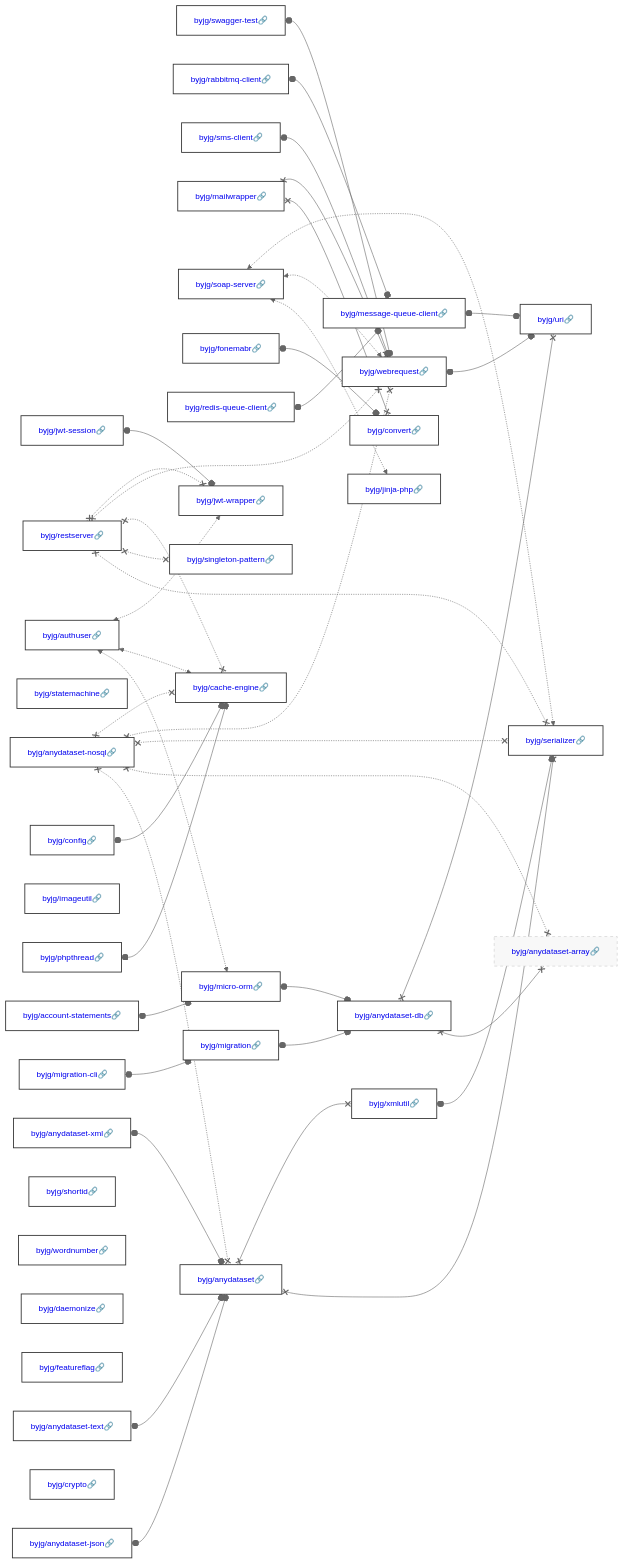
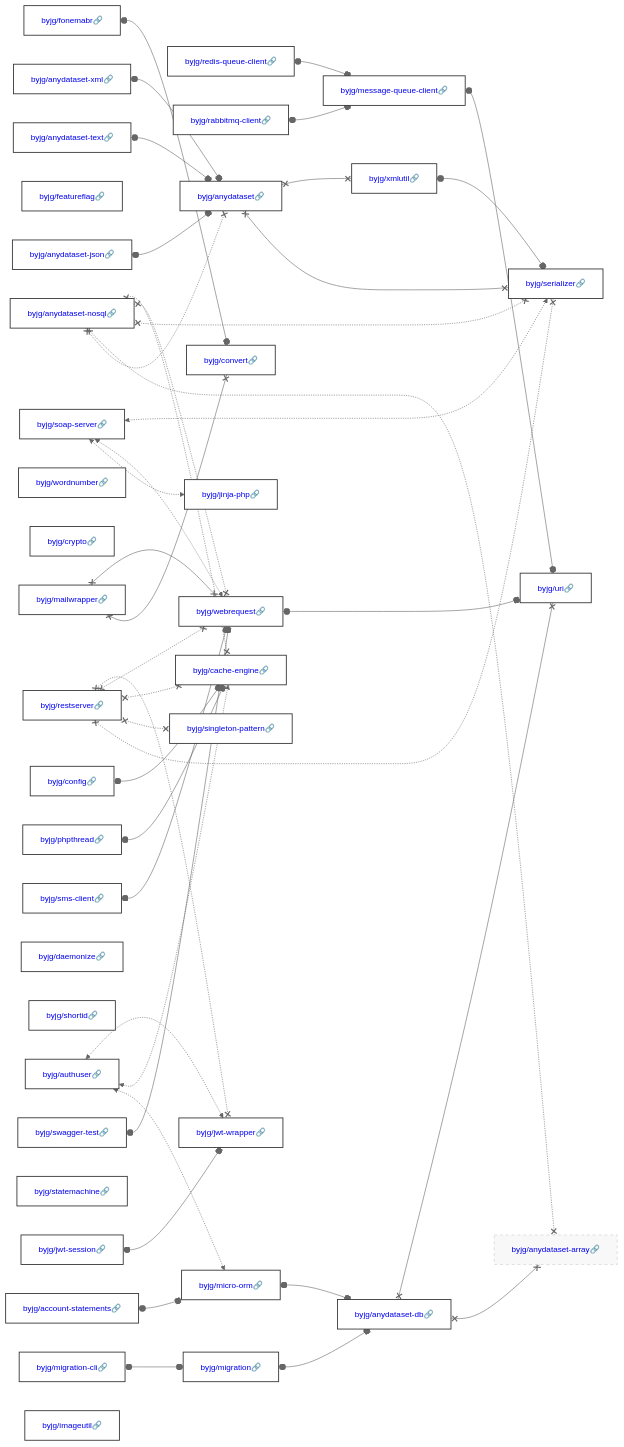
One commit to byjg/byjg.github.io changed the diagram in docs/php/README.md. Above: the diagram before and after it, drawn with Mermaid (neutral theme). The commit also changed other lines of this file and 9 other files, not shown here.

Commit message:
Update documentation 'php' 'php-anydataset'

````diff
--- a/docs/php/README.md
+++ b/docs/php/README.md
@@ -3,40 +3,40 @@
 ```mermaid
 graph LR;
+  byjg/anydataset-nosql[<a href='https://opensource.byjg.com/docs/php/anydataset-nosql' style='text-decoration:none'>byjg/anydataset-nosql🔗</a>];
+  byjg/authuser[<a href='https://opensource.byjg.com/docs/php/authuser' style='text-decoration:none'>byjg/authuser🔗</a>];
+  byjg/redis-queue-client[<a href='https://opensource.byjg.com/docs/php/redis-queue-client' style='text-decoration:none'>byjg/redis-queue-client🔗</a>];
+  byjg/anydataset-json[<a href='https://opensource.byjg.com/docs/php/anydataset-json' style='text-decoration:none'>byjg/anydataset-json🔗</a>];
+  byjg/featureflag[<a href='https://opensource.byjg.com/docs/php/featureflag' style='text-decoration:none'>byjg/featureflag🔗</a>];
+  byjg/jwt-session[<a href='https://opensource.byjg.com/docs/php/jwt-session' style='text-decoration:none'>byjg/jwt-session🔗</a>];
+  byjg/anydataset-xml[<a href='https://opensource.byjg.com/docs/php/anydataset-xml' style='text-decoration:none'>byjg/anydataset-xml🔗</a>];
+  byjg/swagger-test[<a href='https://opensource.byjg.com/docs/php/swagger-test' style='text-decoration:none'>byjg/swagger-test🔗</a>];
+  byjg/wordnumber[<a href='https://opensource.byjg.com/docs/php/wordnumber' style='text-decoration:none'>byjg/wordnumber🔗</a>];
+  byjg/crypto[<a href='https://opensource.byjg.com/docs/php/crypto' style='text-decoration:none'>byjg/crypto🔗</a>];
+  byjg/mailwrapper[<a href='https://opensource.byjg.com/docs/php/mailwrapper' style='text-decoration:none'>byjg/mailwrapper🔗</a>];
   byjg/config[<a href='https://opensource.byjg.com/docs/php/config' style='text-decoration:none'>byjg/config🔗</a>];
-  byjg/swagger-test[<a href='https://opensource.byjg.com/docs/php/swagger-test' style='text-decoration:none'>byjg/swagger-test🔗</a>];
+  byjg/fonemabr[<a href='https://opensource.byjg.com/docs/php/fonemabr' style='text-decoration:none'>byjg/fonemabr🔗</a>];
+  byjg/phpthread[<a href='https://opensource.byjg.com/docs/php/phpthread' style='text-decoration:none'>byjg/phpthread🔗</a>];
+  byjg/rabbitmq-client[<a href='https://opensource.byjg.com/docs/php/rabbitmq-client' style='text-decoration:none'>byjg/rabbitmq-client🔗</a>];
   byjg/migration-cli[<a href='https://opensource.byjg.com/docs/php/migration-cli' style='text-decoration:none'>byjg/migration-cli🔗</a>];
+  byjg/daemonize[<a href='https://opensource.byjg.com/docs/php/daemonize' style='text-decoration:none'>byjg/daemonize🔗</a>];
+  byjg/shortid[<a href='https://opensource.byjg.com/docs/php/shortid' style='text-decoration:none'>byjg/shortid🔗</a>];
+  byjg/soap-server[<a href='https://opensource.byjg.com/docs/php/soap-server' style='text-decoration:none'>byjg/soap-server🔗</a>];
+  byjg/account-statements[<a href='https://opensource.byjg.com/docs/php/account-statements' style='text-decoration:none'>byjg/account-statements🔗</a>];
+  byjg/statemachine[<a href='https://opensource.byjg.com/docs/php/statemachine' style='text-decoration:none'>byjg/statemachine🔗</a>];
+  byjg/sms-client[<a href='https://opensource.byjg.com/docs/php/sms-client' style='text-decoration:none'>byjg/sms-client🔗</a>];
   byjg/anydataset-text[<a href='https://opensource.byjg.com/docs/php/anydataset-text' style='text-decoration:none'>byjg/anydataset-text🔗</a>];
-  byjg/statemachine[<a href='https://opensource.byjg.com/docs/php/statemachine' style='text-decoration:none'>byjg/statemachine🔗</a>];
-  byjg/rabbitmq-client[<a href='https://opensource.byjg.com/docs/php/rabbitmq-client' style='text-decoration:none'>byjg/rabbitmq-client🔗</a>];
-  byjg/anydataset-json[<a href='https://opensource.byjg.com/docs/php/anydataset-json' style='text-decoration:none'>byjg/anydataset-json🔗</a>];
-  byjg/anydataset-xml[<a href='https://opensource.byjg.com/docs/php/anydataset-xml' style='text-decoration:none'>byjg/anydataset-xml🔗</a>];
+  byjg/restserver[<a href='https://opensource.byjg.com/docs/php/restserver' style='text-decoration:none'>byjg/restserver🔗</a>];
   byjg/imageutil[<a href='https://opensource.byjg.com/docs/php/imageutil' style='text-decoration:none'>byjg/imageutil🔗</a>];
-  byjg/account-statements[<a href='https://opensource.byjg.com/docs/php/account-statements' style='text-decoration:none'>byjg/account-statements🔗</a>];
-  byjg/sms-client[<a href='https://opensource.byjg.com/docs/php/sms-client' style='text-decoration:none'>byjg/sms-client🔗</a>];
-  byjg/restserver[<a href='https://opensource.byjg.com/docs/php/restserver' style='text-decoration:none'>byjg/restserver🔗</a>];
-  byjg/authuser[<a href='https://opensource.byjg.com/docs/php/authuser' style='text-decoration:none'>byjg/authuser🔗</a>];
-  byjg/jwt-session[<a href='https://opensource.byjg.com/docs/php/jwt-session' style='text-decoration:none'>byjg/jwt-session🔗</a>];
-  byjg/shortid[<a href='https://opensource.byjg.com/docs/php/shortid' style='text-decoration:none'>byjg/shortid🔗</a>];
-  byjg/mailwrapper[<a href='https://opensource.byjg.com/docs/php/mailwrapper' style='text-decoration:none'>byjg/mailwrapper🔗</a>];
-  byjg/soap-server[<a href='https://opensource.byjg.com/docs/php/soap-server' style='text-decoration:none'>byjg/soap-server🔗</a>];
-  byjg/wordnumber[<a href='https://opensource.byjg.com/docs/php/wordnumber' style='text-decoration:none'>byjg/wordnumber🔗</a>];
-  byjg/fonemabr[<a href='https://opensource.byjg.com/docs/php/fonemabr' style='text-decoration:none'>byjg/fonemabr🔗</a>];
-  byjg/daemonize[<a href='https://opensource.byjg.com/docs/php/daemonize' style='text-decoration:none'>byjg/daemonize🔗</a>];
-  byjg/redis-queue-client[<a href='https://opensource.byjg.com/docs/php/redis-queue-client' style='text-decoration:none'>byjg/redis-queue-client🔗</a>];
-  byjg/featureflag[<a href='https://opensource.byjg.com/docs/php/featureflag' style='text-decoration:none'>byjg/featureflag🔗</a>];
-  byjg/anydataset-nosql[<a href='https://opensource.byjg.com/docs/php/anydataset-nosql' style='text-decoration:none'>byjg/anydataset-nosql🔗</a>];
-  byjg/crypto[<a href='https://opensource.byjg.com/docs/php/crypto' style='text-decoration:none'>byjg/crypto🔗</a>];
-  byjg/phpthread[<a href='https://opensource.byjg.com/docs/php/phpthread' style='text-decoration:none'>byjg/phpthread🔗</a>];
-  byjg/migration[<a href='https://opensource.byjg.com/docs/php/migration' style='text-decoration:none'>byjg/migration🔗</a>];
-  byjg/singleton-pattern[<a href='https://opensource.byjg.com/docs/php/singleton-pattern' style='text-decoration:none'>byjg/singleton-pattern🔗</a>];
-  byjg/micro-orm[<a href='https://opensource.byjg.com/docs/php/micro-orm' style='text-decoration:none'>byjg/micro-orm🔗</a>];
-  byjg/jwt-wrapper[<a href='https://opensource.byjg.com/docs/php/jwt-wrapper' style='text-decoration:none'>byjg/jwt-wrapper🔗</a>];
-  byjg/jinja-php[<a href='https://opensource.byjg.com/docs/php/jinja-php' style='text-decoration:none'>byjg/jinja-php🔗</a>];
   byjg/convert[<a href='https://opensource.byjg.com/docs/php/convert' style='text-decoration:none'>byjg/convert🔗</a>];
   byjg/message-queue-client[<a href='https://opensource.byjg.com/docs/php/message-queue-client' style='text-decoration:none'>byjg/message-queue-client🔗</a>];
+  byjg/migration[<a href='https://opensource.byjg.com/docs/php/migration' style='text-decoration:none'>byjg/migration🔗</a>];
+  byjg/jinja-php[<a href='https://opensource.byjg.com/docs/php/jinja-php' style='text-decoration:none'>byjg/jinja-php🔗</a>];
+  byjg/micro-orm[<a href='https://opensource.byjg.com/docs/php/micro-orm' style='text-decoration:none'>byjg/micro-orm🔗</a>];
   byjg/anydataset[<a href='https://opensource.byjg.com/docs/php/anydataset' style='text-decoration:none'>byjg/anydataset🔗</a>];
+  byjg/singleton-pattern[<a href='https://opensource.byjg.com/docs/php/singleton-pattern' style='text-decoration:none'>byjg/singleton-pattern🔗</a>];
+  byjg/cache-engine[<a href='https://opensource.byjg.com/docs/php/cache-engine' style='text-decoration:none'>byjg/cache-engine🔗</a>];
   byjg/webrequest[<a href='https://opensource.byjg.com/docs/php/webrequest' style='text-decoration:none'>byjg/webrequest🔗</a>];
-  byjg/cache-engine[<a href='https://opensource.byjg.com/docs/php/cache-engine' style='text-decoration:none'>byjg/cache-engine🔗</a>];
+  byjg/jwt-wrapper[<a href='https://opensource.byjg.com/docs/php/jwt-wrapper' style='text-decoration:none'>byjg/jwt-wrapper🔗</a>];
   byjg/anydataset-db[<a href='https://opensource.byjg.com/docs/php/anydataset-db' style='text-decoration:none'>byjg/anydataset-db🔗</a>];
   byjg/xmlutil[<a href='https://opensource.byjg.com/docs/php/xmlutil' style='text-decoration:none'>byjg/xmlutil🔗</a>];
   byjg/anydataset-array[<a href='https://opensource.byjg.com/docs/php/anydataset-array' style='text-decoration:none'>byjg/anydataset-array🔗</a>];
@@ -44,6 +44,8 @@
   byjg/serializer[<a href='https://opensource.byjg.com/docs/php/serializer' style='text-decoration:none'>byjg/serializer🔗</a>];
   byjg/xmlutil o--o byjg/serializer;
   byjg/rabbitmq-client o--o byjg/message-queue-client;
+  byjg/anydataset x--x byjg/serializer;
+  byjg/anydataset x--x byjg/xmlutil;
   byjg/migration o--o byjg/anydataset-db;
   byjg/swagger-test o--o byjg/webrequest;
   byjg/anydataset-db x--x byjg/anydataset-array;
@@ -59,8 +61,6 @@
   byjg/migration-cli o--o byjg/migration;
   byjg/jwt-session o--o byjg/jwt-wrapper;
   byjg/account-statements o--o byjg/micro-orm;
-  byjg/anydataset x--x byjg/serializer;
-  byjg/anydataset x--x byjg/xmlutil;
   byjg/fonemabr o--o byjg/convert;
   byjg/redis-queue-client o--o byjg/message-queue-client;
   byjg/config o--o byjg/cache-engine;
````
